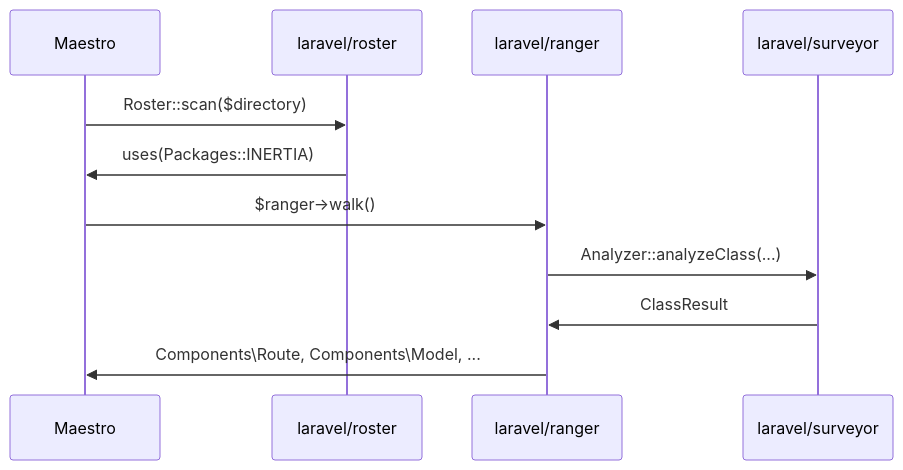
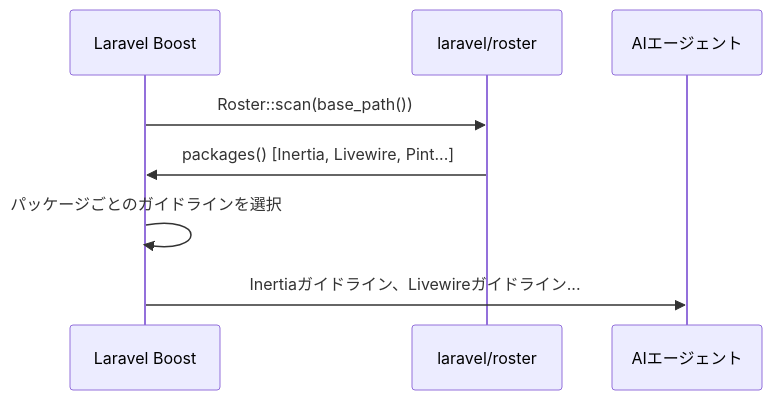
One commit to kawax/mintlify-docs changed the second of 3 diagrams in jp/blog/laravel-ecosystem-analysis.mdx. Above: the diagram before and after it, drawn with Mermaid. The commit also changed other lines of this file and 1 other file, not shown here.

Commit message:
laravel-ecosystem-analysis: 実際のユースケースをMaestroからLaravel Boostに変更 (#287)
* Initial plan

* feat: replace Maestro with Laravel Boost in laravel-ecosystem-analysis.mdx

Agent-Logs-Url: https://github.com/kawax/mintlify-docs/sessions/541811e9-8c5c-48f3-9f92-40603ae07c60

---------

````diff
--- a/jp/blog/laravel-ecosystem-analysis.mdx
+++ b/jp/blog/laravel-ecosystem-analysis.mdx
@@ -292,13 +292,10 @@
 ```mermaid
 sequenceDiagram
-    participant Maestro as Maestro
+    participant Boost as Laravel Boost
     participant Roster as laravel/roster
-    participant Ranger as laravel/ranger
-    participant Surveyor as laravel/surveyor
-    Maestro->>Roster: Roster::scan($directory)
-    Roster->>Maestro: uses(Packages::INERTIA)
-    Maestro->>Ranger: $ranger->walk()
-    Ranger->>Surveyor: Analyzer::analyzeClass(...)
-    Surveyor->>Ranger: ClassResult
-    Ranger->>Maestro: Components\Route, Components\Model, ...
+    participant AI as AIエージェント
+    Boost->>Roster: Roster::scan(base_path())
+    Roster->>Boost: packages() [Inertia, Livewire, Pint...]
+    Boost->>Boost: パッケージごとのガイドラインを選択
+    Boost->>AI: Inertiaガイドライン、Livewireガイドライン...
 ```
````
